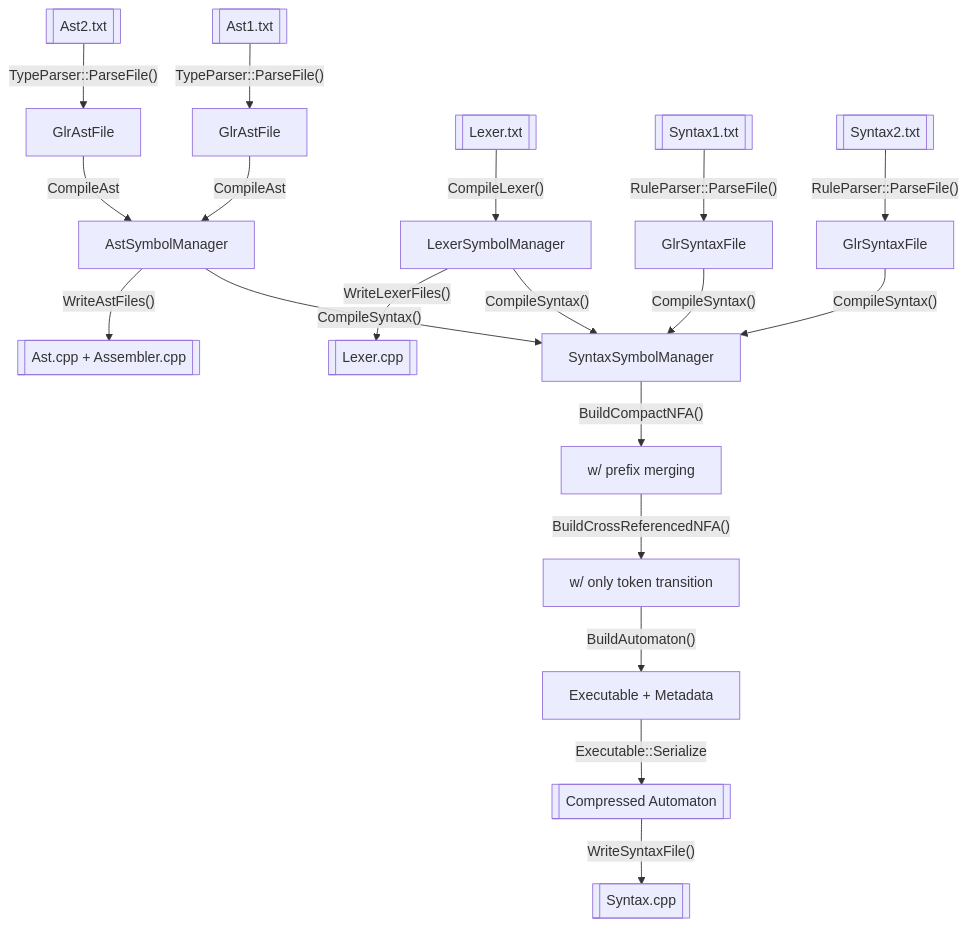
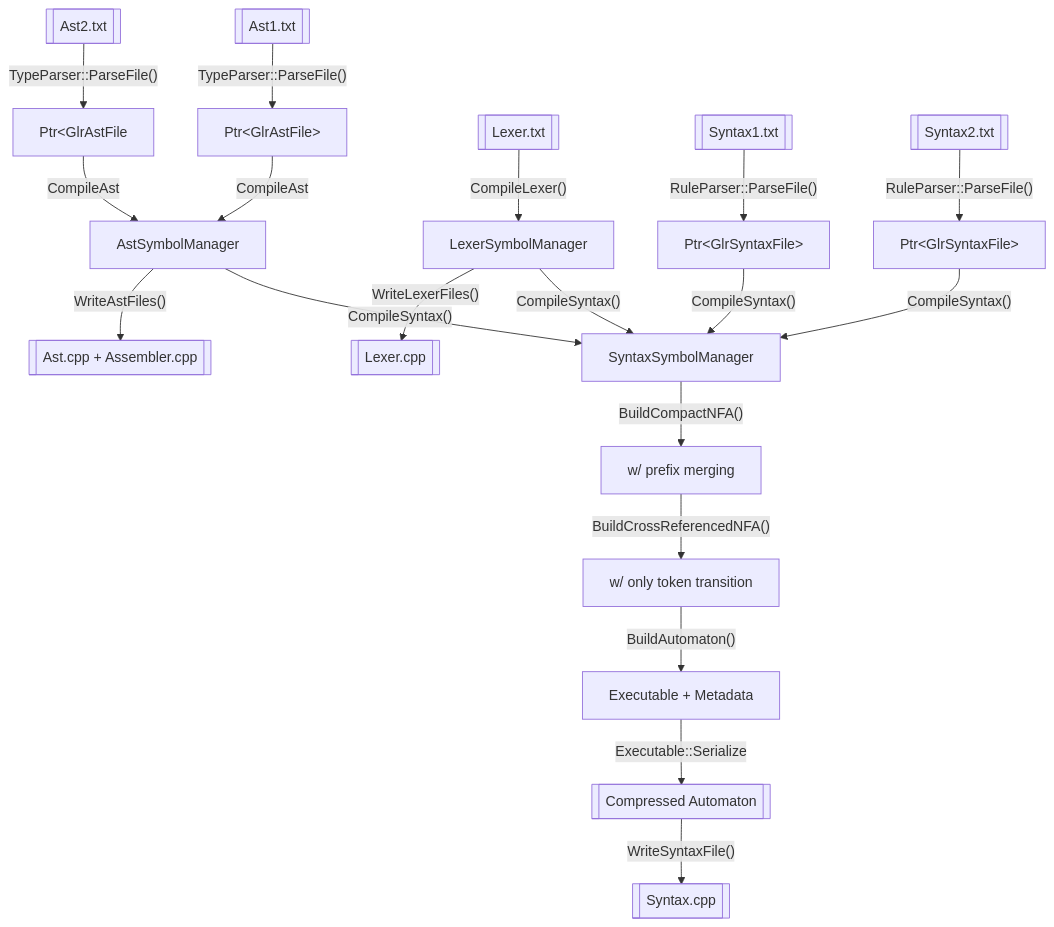
One commit to vczh-websites/vczh changed diagram 28 of 29 in Blog/GLR-Refactoring/Mermaid.md. Above: the diagram before and after it, drawn with Mermaid. The commit also changed other lines of this file, not shown here.

````diff
--- a/Blog/GLR-Refactoring/Mermaid.md
+++ b/Blog/GLR-Refactoring/Mermaid.md
@@ -651,21 +651,21 @@
 ```mermaid
 graph TD
-  AST_FILE_1[[Ast1.txt]] -- TypeParser::ParseFile() --> AST_1[GlrAstFile]
-  AST_FILE_2[[Ast2.txt]] -- TypeParser::ParseFile() --> AST_2[GlrAstFile]
+  AST_FILE_1[[Ast1.txt]] -- TypeParser::ParseFile() --> AST_1[Ptr#lt;GlrAstFile#gt;]
+  AST_FILE_2[[Ast2.txt]] -- TypeParser::ParseFile() --> AST_2[Ptr#lt;GlrAstFile]
   AST_1 & AST_2 -- CompileAst --> AST_MGR[AstSymbolManager]
 
   LEXER_FILE[[Lexer.txt]] -- CompileLexer() --> LEXER_MGR[LexerSymbolManager]
   
-  SYNTAX_FILE_1[[Syntax1.txt]] -- RuleParser::ParseFile() --> SYNTAX_1[GlrSyntaxFile]
-  SYNTAX_FILE_2[[Syntax2.txt]] -- RuleParser::ParseFile() --> SYNTAX_2[GlrSyntaxFile]
+  SYNTAX_FILE_1[[Syntax1.txt]] -- RuleParser::ParseFile() --> SYNTAX_1[Ptr#lt;GlrSyntaxFile#gt;]
+  SYNTAX_FILE_2[[Syntax2.txt]] -- RuleParser::ParseFile() --> SYNTAX_2[Ptr#lt;GlrSyntaxFile#gt;]
   AST_MGR & LEXER_MGR & SYNTAX_1 & SYNTAX_2 -- CompileSyntax() --> AST_MGR_1[SyntaxSymbolManager]
 
   AST_MGR_1 -- BuildCompactNFA() --> AST_MGR_2[w/ prefix merging]
   AST_MGR_2 -- BuildCrossReferencedNFA() --> AST_MGR_3[w/ only token transition ]
   AST_MGR_3 -- BuildAutomaton() --> AUTOMATON[Executable + Metadata]
 
   AUTOMATON -- Executable::Serialize --> BINARY[[Compressed Automaton]]
   AST_MGR -- WriteAstFiles() --> AST_GEN_FILE[["Ast.cpp + Assembler.cpp"]]
   LEXER_MGR -- WriteLexerFiles() --> LEXER_GEN_FILE[["Lexer.cpp"]]
   BINARY -- WriteSyntaxFile() --> SYNTAX_GEN_FILE[["Syntax.cpp"]]
 ```
````
